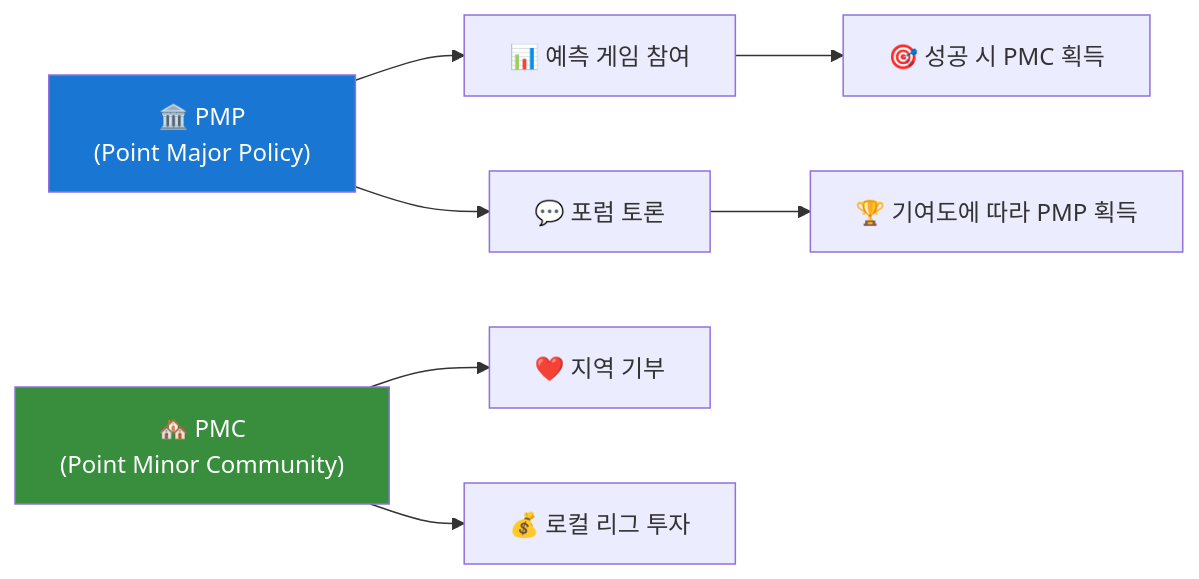
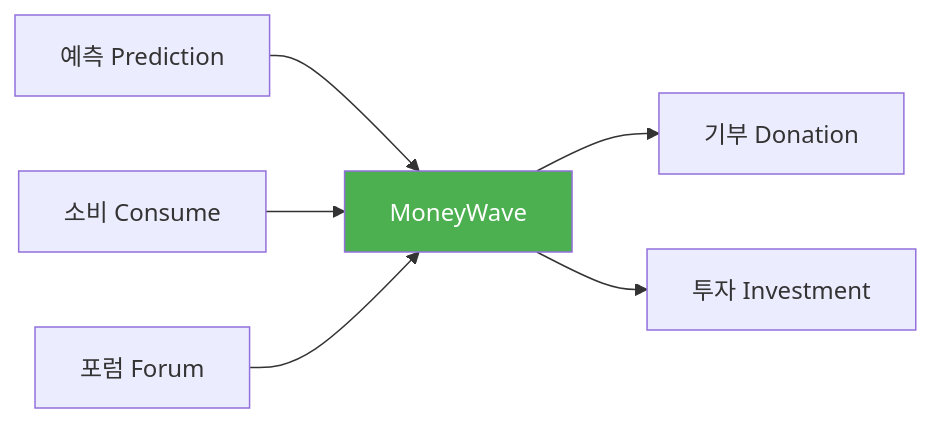
Before and after one commit to positivemultiplier/posmul: the first of 4 diagrams in README.md, drawn with Mermaid. The commit also changed other lines of this file, not shown here.

````diff
--- a/README.md
+++ b/README.md
@@ -582,14 +37,10 @@
 ```mermaid
 graph LR
-    A["🏛️ PMP<br/>(Point Major Policy)"] --> B["📊 예측 게임 참여"]
-    A --> C["💬 포럼 토론"]
-
-    D["🏘️ PMC<br/>(Point Minor Community)"] --> E["❤️ 지역 기부"]
-    D --> F["💰 로컬 리그 투자"]
-
-    B --> G["🎯 성공 시 PMC 획득"]
-    C --> H["🏆 기여도에 따라 PMP 획득"]
-
-    style A fill:#1976d2,color:#fff
-    style D fill:#388e3c,color:#fff
+    A[예측 Prediction] --> D[MoneyWave]
+    B[소비 Consume] --> D
+    C[포럼 Forum] --> D
+    D --> E[기부 Donation]
+    D --> F[투자 Investment]
+    
+    style D fill:#4CAF50,color:#fff
 ```
````
